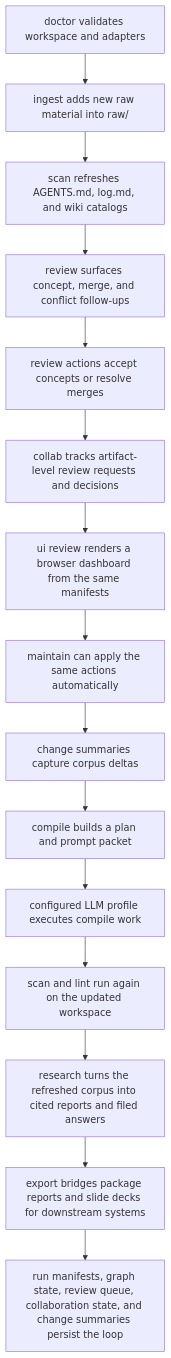
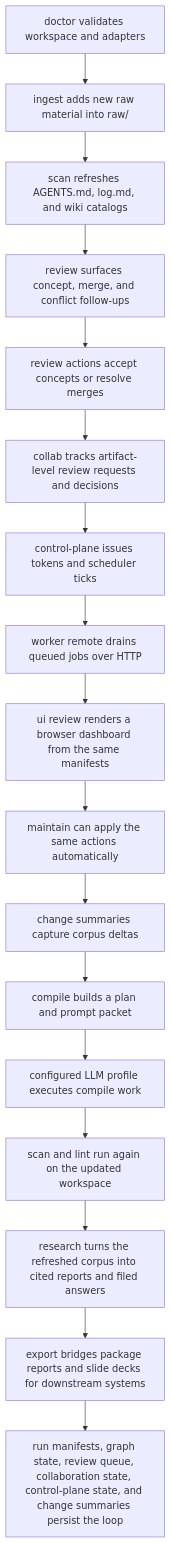
One commit to shrijacked/Cognisync changed the first of 2 diagrams in docs/operator-workflows.md. Above: the diagram before and after it, drawn with Mermaid. The commit also changed other lines of this file and 2 other files, not shown here.

````diff
--- a/docs/operator-workflows.md
+++ b/docs/operator-workflows.md
@@ -22,17 +24,19 @@
 ```mermaid
 flowchart TD
     A["doctor validates workspace and adapters"] --> B["ingest adds new raw material into raw/"]
     B --> C["scan refreshes AGENTS.md, log.md, and wiki catalogs"]
     C --> D["review surfaces concept, merge, and conflict follow-ups"]
     D --> E["review actions accept concepts or resolve merges"]
     E --> F["collab tracks artifact-level review requests and decisions"]
-    F --> G["ui review renders a browser dashboard from the same manifests"]
-    G --> H["maintain can apply the same actions automatically"]
-    H --> I["change summaries capture corpus deltas"]
-    I --> J["compile builds a plan and prompt packet"]
-    J --> K["configured LLM profile executes compile work"]
-    K --> L["scan and lint run again on the updated workspace"]
-    L --> M["research turns the refreshed corpus into cited reports and filed answers"]
-    M --> N["export bridges package reports and slide decks for downstream systems"]
-    N --> O["run manifests, graph state, review queue, collaboration state, and change summaries persist the loop"]
+    F --> G["control-plane issues tokens and scheduler ticks"]
+    G --> H["worker remote drains queued jobs over HTTP"]
+    H --> I["ui review renders a browser dashboard from the same manifests"]
+    I --> J["maintain can apply the same actions automatically"]
+    J --> K["change summaries capture corpus deltas"]
+    K --> L["compile builds a plan and prompt packet"]
+    L --> M["configured LLM profile executes compile work"]
+    M --> N["scan and lint run again on the updated workspace"]
+    N --> O["research turns the refreshed corpus into cited reports and filed answers"]
+    O --> P["export bridges package reports and slide decks for downstream systems"]
+    P --> Q["run manifests, graph state, review queue, collaboration state, control-plane state, and change summaries persist the loop"]
 ```
````
